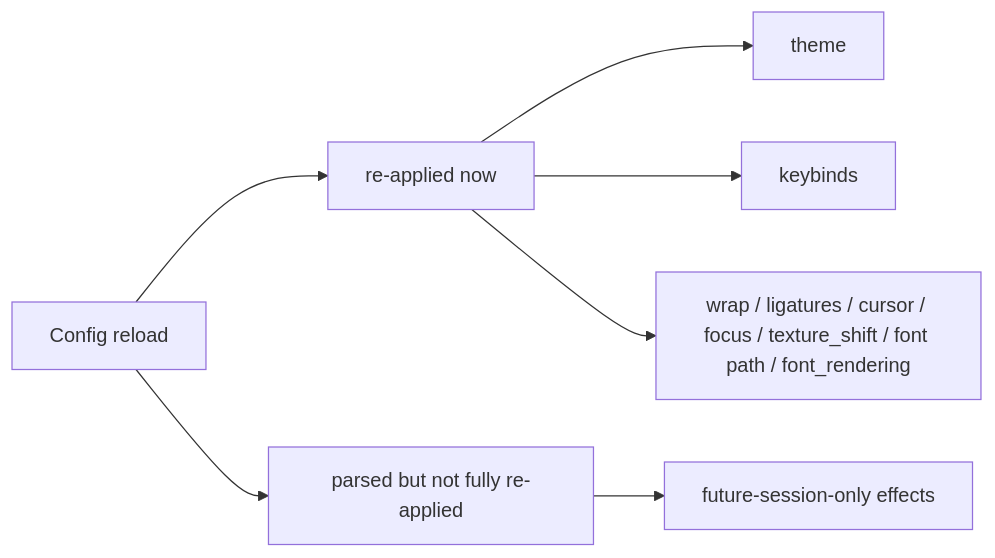
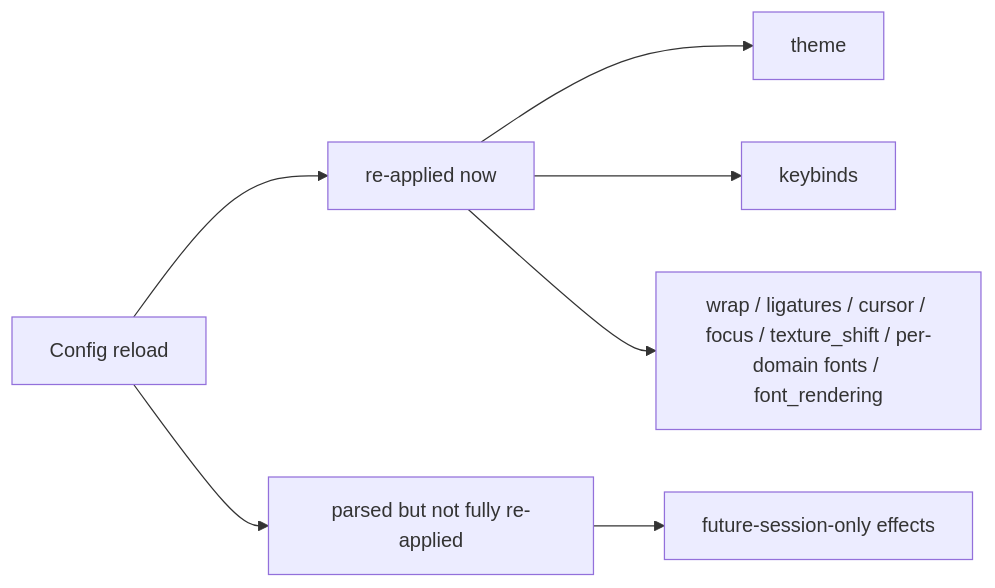
The fourth of 4 diagrams in app_architecture/CONFIG.md (LaurenceGuws/Zide), drawn with Mermaid before and after one commit. The commit also changed other lines of this file and 18 other files, not shown here.

````diff
--- a/app_architecture/CONFIG.md
+++ b/app_architecture/CONFIG.md
@@ -281,11 +271,11 @@
 ```mermaid
 flowchart LR
     Reload[Config reload] --> Reapply[re-applied now]
     Reload --> ParsedOnly[parsed but not fully re-applied]
 
     Reapply --> A[theme]
     Reapply --> B[keybinds]
-    Reapply --> C[wrap / ligatures / cursor / focus / texture_shift / font path / font_rendering]
+    Reapply --> C[wrap / ligatures / cursor / focus / texture_shift / per-domain fonts / font_rendering]
 
     ParsedOnly --> D[future-session-only effects]
 ```
````
